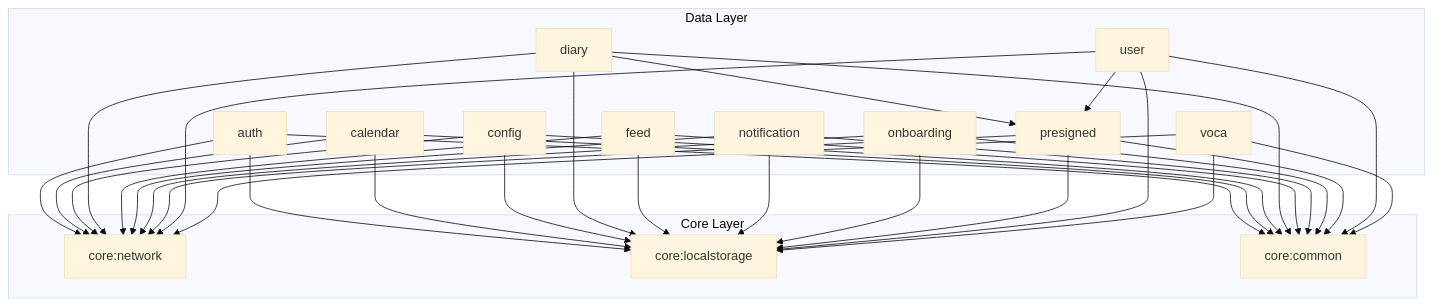
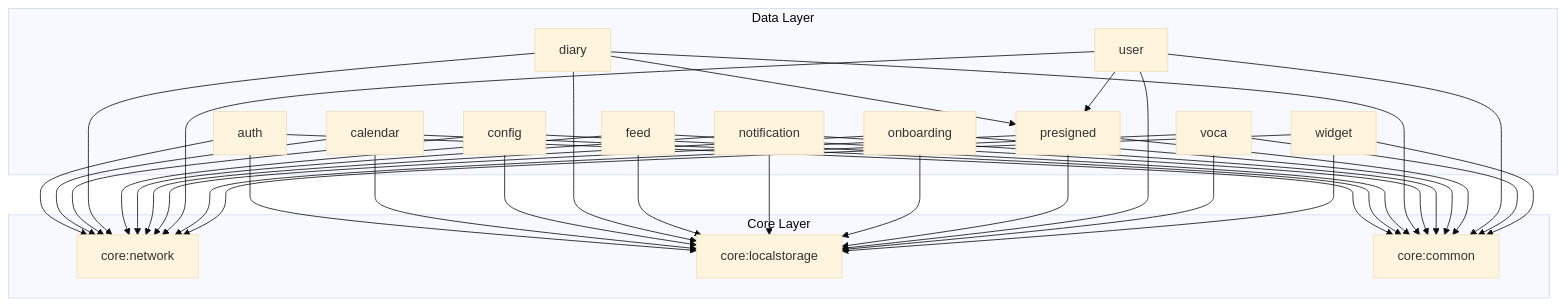
The third of 4 diagrams in README.md (Hi-lingual/Hilingual-Android), drawn with Mermaid (base theme) before and after one commit. The commit also changed other lines of this file, not shown here.

````diff
--- a/README.md
+++ b/README.md
@@ -127,63 +137,68 @@
 ```mermaid
 graph TD
     subgraph Data Layer
         auth["auth"]
         calendar["calendar"]
         config["config"]
         diary["diary"]
         feed["feed"]
         notification["notification"]
         onboarding["onboarding"]
         presigned["presigned"]
         user["user"]
         voca["voca"]
+        widget["widget"]
     end
 
     subgraph Core Layer
         core_network["core:network"]
         core_localstorage["core:localstorage"]
         core_common["core:common"]
     end
 
     auth --> core_network
     auth --> core_localstorage
     auth --> core_common
 
     calendar --> core_network
     calendar --> core_localstorage
     calendar --> core_common
 
     config --> core_network
     config --> core_localstorage
     config --> core_common
 
     diary --> presigned
     diary --> core_network
     diary --> core_localstorage
     diary --> core_common
 
     feed --> core_network
     feed --> core_localstorage
     feed --> core_common
 
     notification --> core_network
     notification --> core_localstorage
     notification --> core_common
 
     onboarding --> core_network
     onboarding --> core_localstorage
     onboarding --> core_common
 
     presigned --> core_network
     presigned --> core_localstorage
     presigned --> core_common
 
     user --> presigned
     user --> core_network
     user --> core_localstorage
     user --> core_common
 
     voca --> core_network
     voca --> core_localstorage
     voca --> core_common
+
+    widget --> core_network
+    widget --> core_localstorage
+    widget --> core_common
 ```
````
